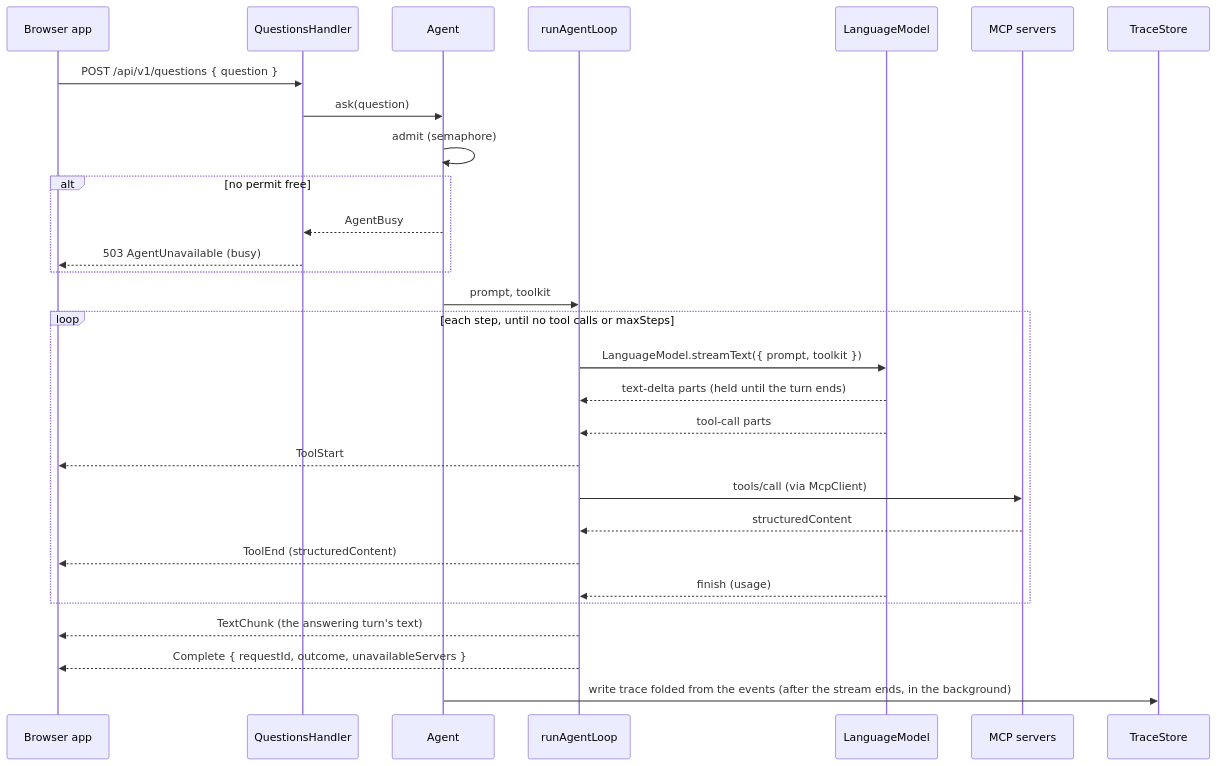
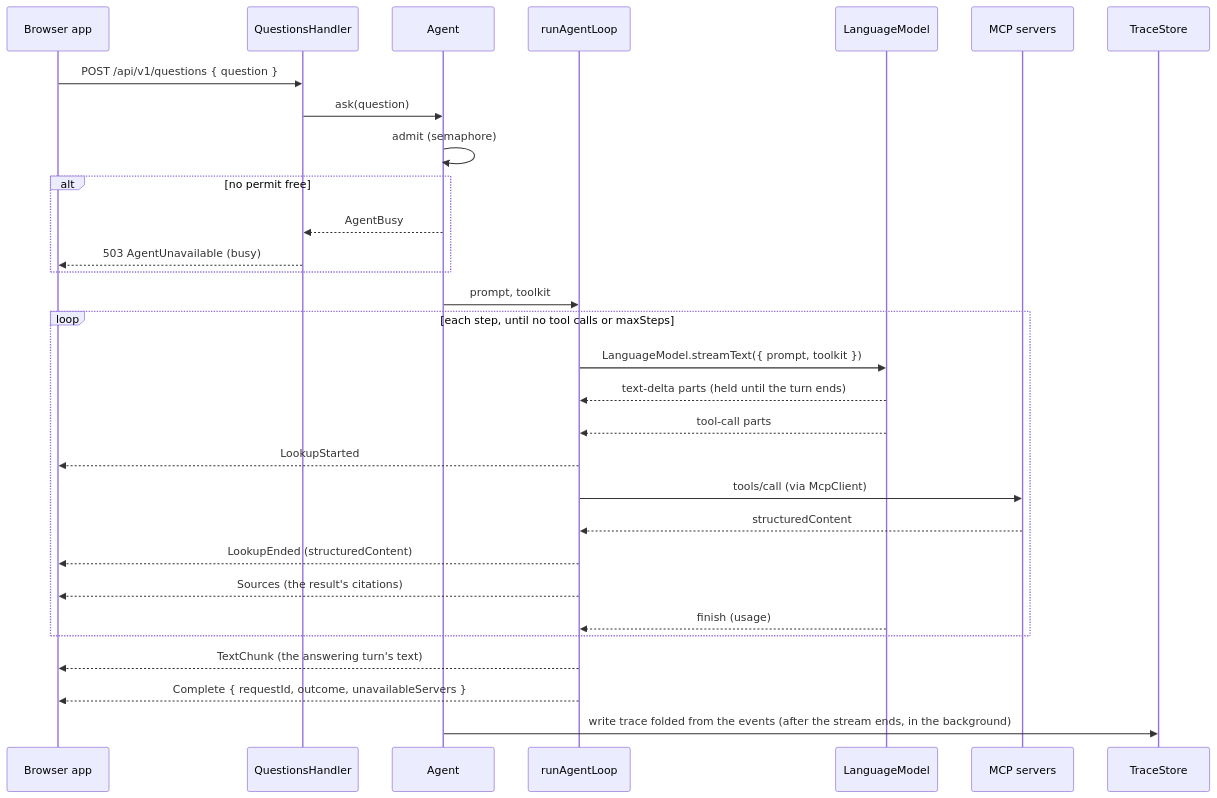
One commit to mollyegibson/policy-huis changed the diagram in docs/plans/agent-loop.md. Above: the diagram before and after it, drawn with Mermaid. The commit also changed other lines of this file and 278 other files, not shown here.

````diff
--- a/docs/plans/agent-loop.md
+++ b/docs/plans/agent-loop.md
@@ -107,32 +108,33 @@
 ```mermaid
 sequenceDiagram
     participant B as Browser app
     participant H as QuestionsHandler
     participant A as Agent
     participant L as runAgentLoop
     participant M as LanguageModel
     participant S as MCP servers
     participant T as TraceStore
 
     B->>H: POST /api/v1/questions { question }
     H->>A: ask(question)
     A->>A: admit (semaphore)
     alt no permit free
         A-->>H: AgentBusy
         H-->>B: 503 AgentUnavailable (busy)
     end
     A->>L: prompt, toolkit
     loop each step, until no tool calls or maxSteps
         L->>M: LanguageModel.streamText({ prompt, toolkit })
         M-->>L: text-delta parts (held until the turn ends)
         M-->>L: tool-call parts
-        L-->>B: ToolStart
+        L-->>B: LookupStarted
         L->>S: tools/call (via McpClient)
         S-->>L: structuredContent
-        L-->>B: ToolEnd (structuredContent)
+        L-->>B: LookupEnded (structuredContent)
+        L-->>B: Sources (the result's citations)
         M-->>L: finish (usage)
     end
     L-->>B: TextChunk (the answering turn's text)
     L-->>B: Complete { requestId, outcome, unavailableServers }
     A->>T: write trace folded from the events (after the stream ends, in the background)
 ```
````
